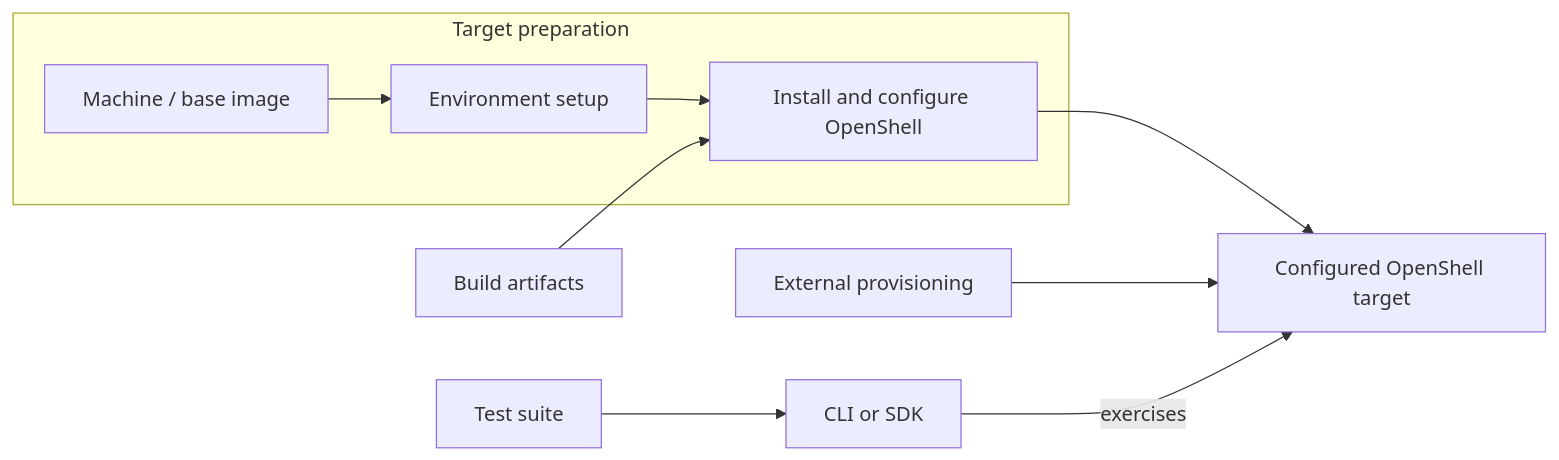
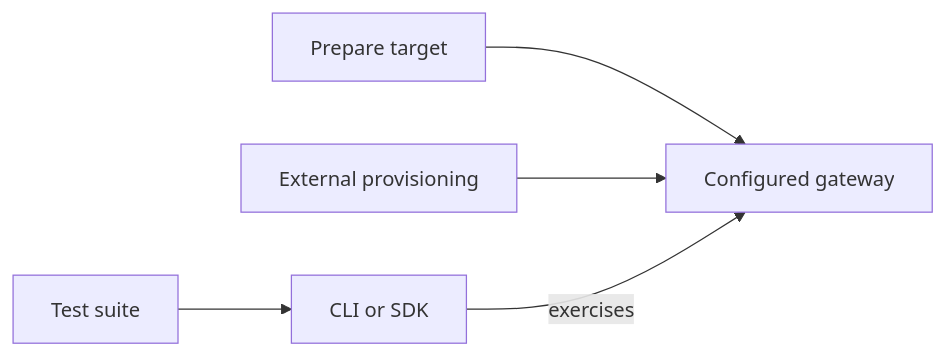
One commit to NVIDIA/OpenShell changed the diagram in rfc/0016-testing-strategy/README.md. Above: the diagram before and after it, drawn with Mermaid. The commit also changed other lines of this file, not shown here.

````diff
--- a/rfc/0016-testing-strategy/README.md
+++ b/rfc/0016-testing-strategy/README.md
@@ -141,12 +143,7 @@
 ```mermaid
 flowchart LR
-    subgraph preparation[Target preparation]
-        machine[Machine / base image] --> setup[Environment setup]
-        setup --> install[Install and configure OpenShell]
-    end
-    artifacts[Build artifacts] --> install
-    install --> target[Configured OpenShell target]
+    preparation[Prepare target] --> target[Configured gateway]
     external[External provisioning] --> target
     suite[Test suite] --> client[CLI or SDK]
     client -->|exercises| target
 ```
````
